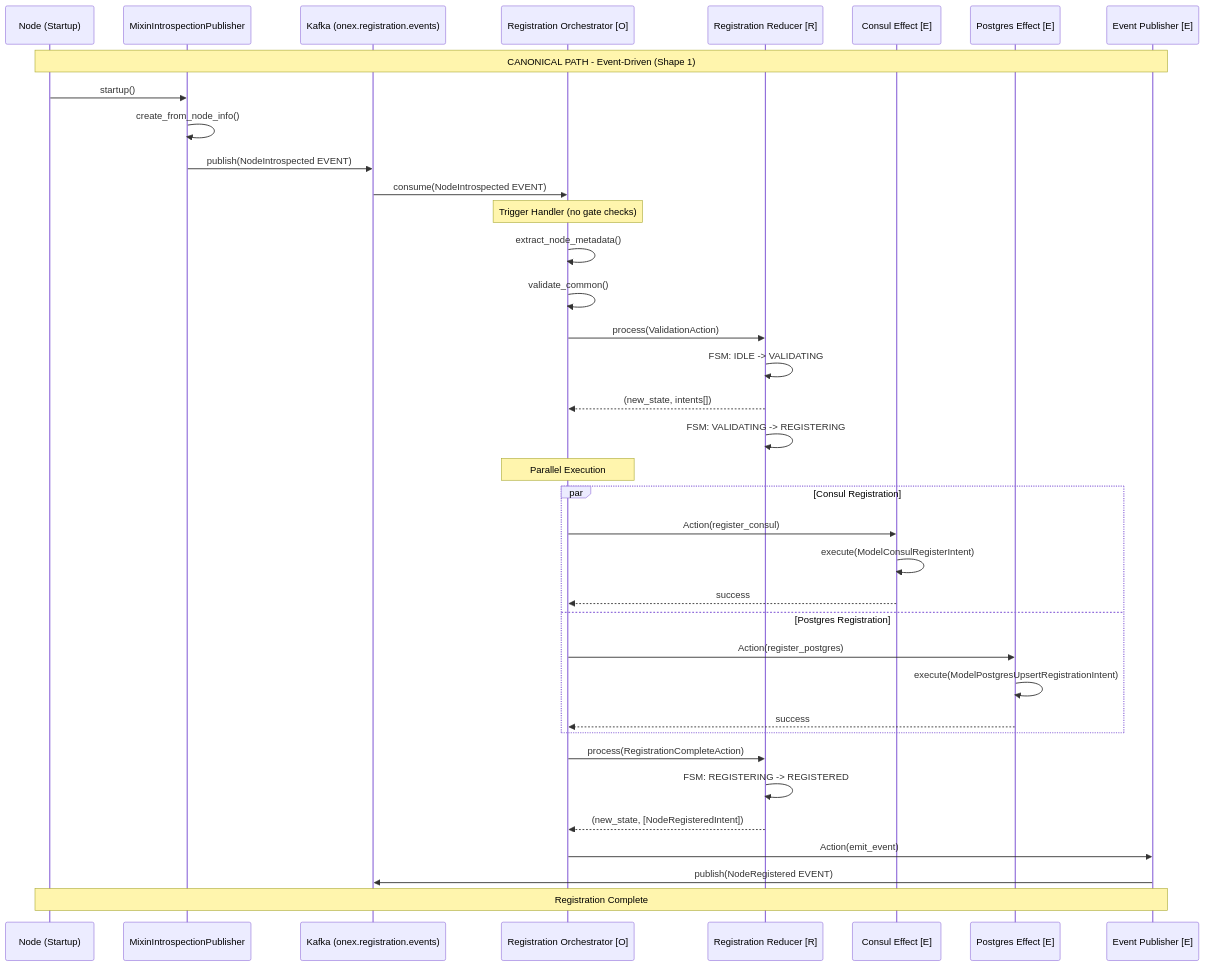
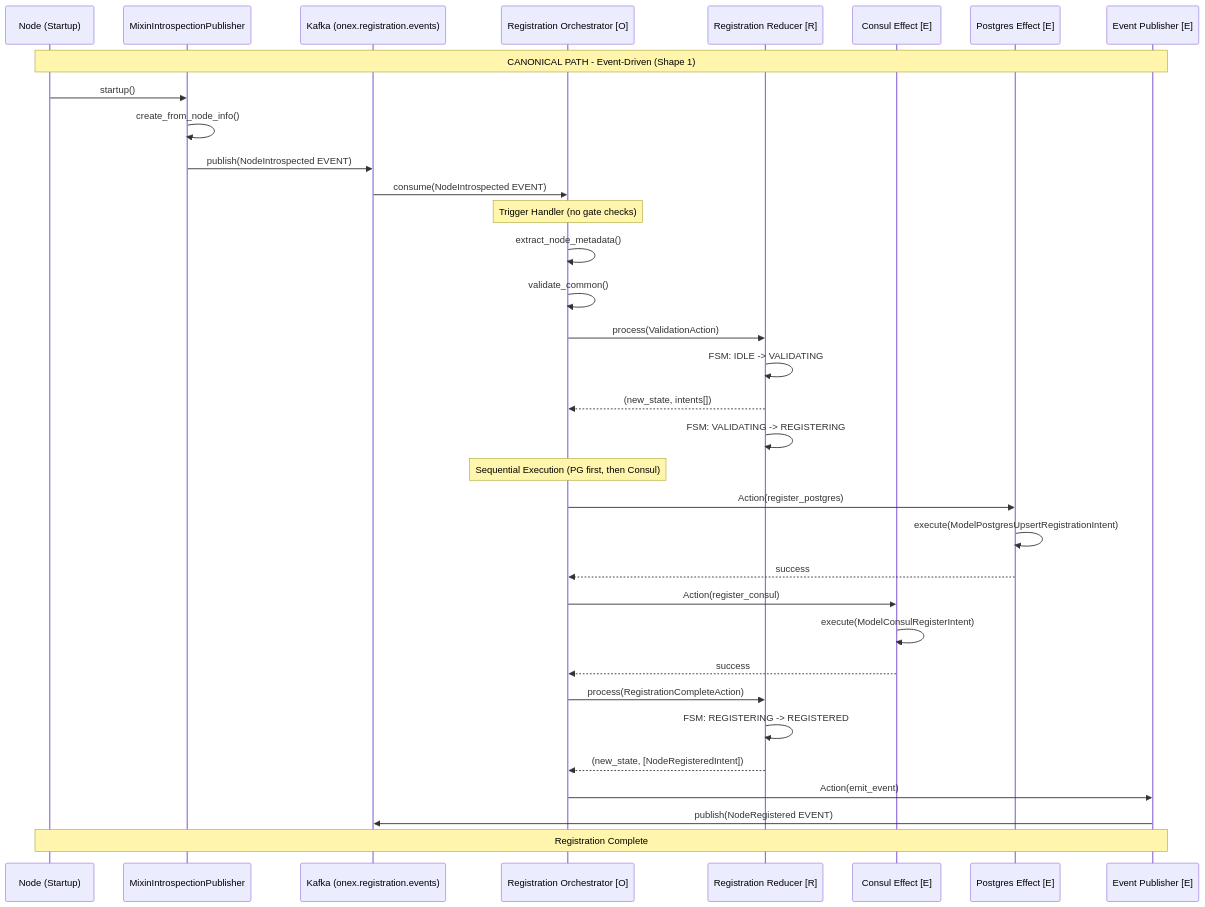
Before and after one commit to OmniNode-ai/omnibase_core: the first of 3 diagrams in docs/architecture/REGISTRATION_TRIGGER_DESIGN.md, drawn with Mermaid. The commit also changed other lines of this file and 103 other files, not shown here.

````diff
--- a/docs/architecture/REGISTRATION_TRIGGER_DESIGN.md
+++ b/docs/architecture/REGISTRATION_TRIGGER_DESIGN.md
@@ -651,50 +660,48 @@
 ```mermaid
 sequenceDiagram
     participant Node as Node (Startup)
     participant Mixin as MixinIntrospectionPublisher
     participant Kafka as Kafka (onex.registration.events)
     participant Orch as Registration Orchestrator [O]
     participant Reducer as Registration Reducer [R]
     participant ConsulEff as Consul Effect [E]
     participant PgEff as Postgres Effect [E]
     participant EventEff as Event Publisher [E]
 
     Note over Node,EventEff: CANONICAL PATH - Event-Driven (Shape 1)
 
     Node->>Mixin: startup()
     Mixin->>Mixin: create_from_node_info()
     Mixin->>Kafka: publish(NodeIntrospected EVENT)
 
     Kafka->>Orch: consume(NodeIntrospected EVENT)
 
     Note over Orch: Trigger Handler (no gate checks)
     Orch->>Orch: extract_node_metadata()
     Orch->>Orch: validate_common()
 
     Orch->>Reducer: process(ValidationAction)
     Reducer->>Reducer: FSM: IDLE -> VALIDATING
     Reducer-->>Orch: (new_state, intents[])
 
     Reducer->>Reducer: FSM: VALIDATING -> REGISTERING
 
-    Note over Orch: Parallel Execution
+    Note over Orch: Sequential Execution (PG first, then Consul)
 
-    par Consul Registration
-        Orch->>ConsulEff: Action(register_consul)
-        ConsulEff->>ConsulEff: execute(ModelConsulRegisterIntent)
-        ConsulEff-->>Orch: success
-    and Postgres Registration
-        Orch->>PgEff: Action(register_postgres)
-        PgEff->>PgEff: execute(ModelPostgresUpsertRegistrationIntent)
-        PgEff-->>Orch: success
-    end
+    Orch->>PgEff: Action(register_postgres)
+    PgEff->>PgEff: execute(ModelPostgresUpsertRegistrationIntent)
+    PgEff-->>Orch: success
+
+    Orch->>ConsulEff: Action(register_consul)
+    ConsulEff->>ConsulEff: execute(ModelConsulRegisterIntent)
+    ConsulEff-->>Orch: success
 
     Orch->>Reducer: process(RegistrationCompleteAction)
     Reducer->>Reducer: FSM: REGISTERING -> REGISTERED
     Reducer-->>Orch: (new_state, [NodeRegisteredIntent])
 
     Orch->>EventEff: Action(emit_event)
     EventEff->>Kafka: publish(NodeRegistered EVENT)
 
     Note over Node,EventEff: Registration Complete
 ```
````
